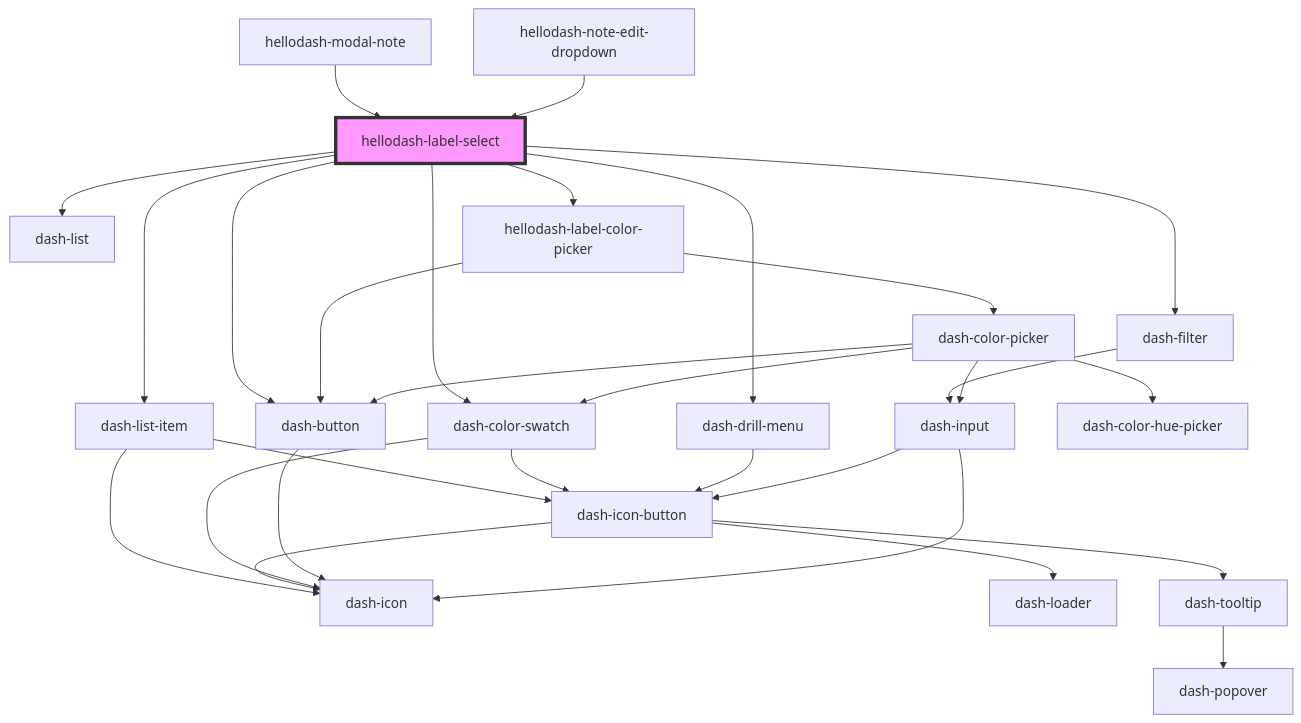
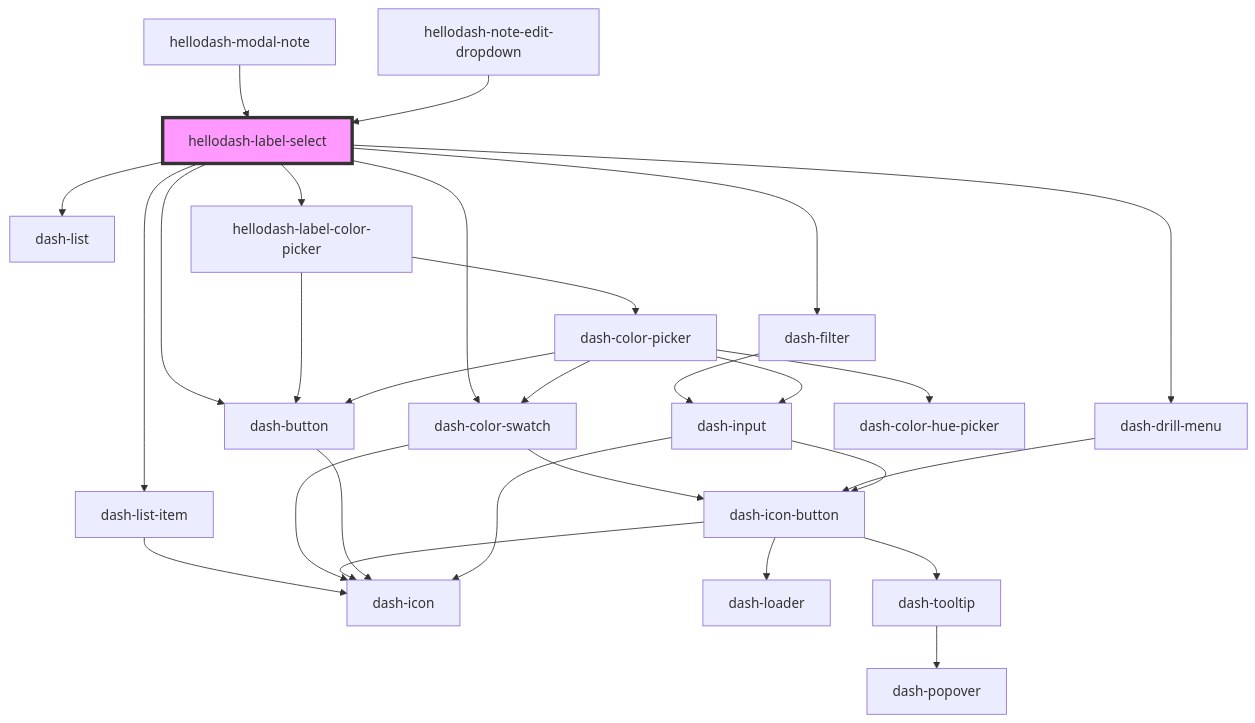
One commit to jmanke/dash changed the diagram in packages/hellodash-components/src/components/hellodash-label-select/readme.md. Above: the diagram before and after it, drawn with Mermaid. The commit also changed 10 other files, not shown here.

````diff
--- a/packages/hellodash-components/src/components/hellodash-label-select/readme.md
+++ b/packages/hellodash-components/src/components/hellodash-label-select/readme.md
@@ -46,32 +46,31 @@
 ```mermaid
 graph TD;
   hellodash-label-select --> dash-list
   hellodash-label-select --> dash-list-item
   hellodash-label-select --> dash-color-swatch
   hellodash-label-select --> dash-button
   hellodash-label-select --> dash-drill-menu
   hellodash-label-select --> dash-filter
   hellodash-label-select --> hellodash-label-color-picker
   dash-list-item --> dash-icon
-  dash-list-item --> dash-icon-button
+  dash-color-swatch --> dash-icon-button
+  dash-color-swatch --> dash-icon
   dash-icon-button --> dash-icon
   dash-icon-button --> dash-loader
   dash-icon-button --> dash-tooltip
   dash-tooltip --> dash-popover
-  dash-color-swatch --> dash-icon-button
-  dash-color-swatch --> dash-icon
   dash-button --> dash-icon
   dash-drill-menu --> dash-icon-button
   dash-filter --> dash-input
   dash-input --> dash-icon
   dash-input --> dash-icon-button
   hellodash-label-color-picker --> dash-color-picker
   hellodash-label-color-picker --> dash-button
   dash-color-picker --> dash-color-hue-picker
   dash-color-picker --> dash-button
   dash-color-picker --> dash-input
   dash-color-picker --> dash-color-swatch
   hellodash-modal-note --> hellodash-label-select
   hellodash-note-edit-dropdown --> hellodash-label-select
   style hellodash-label-select fill:#f9f,stroke:#333,stroke-width:4px
 ```
````
